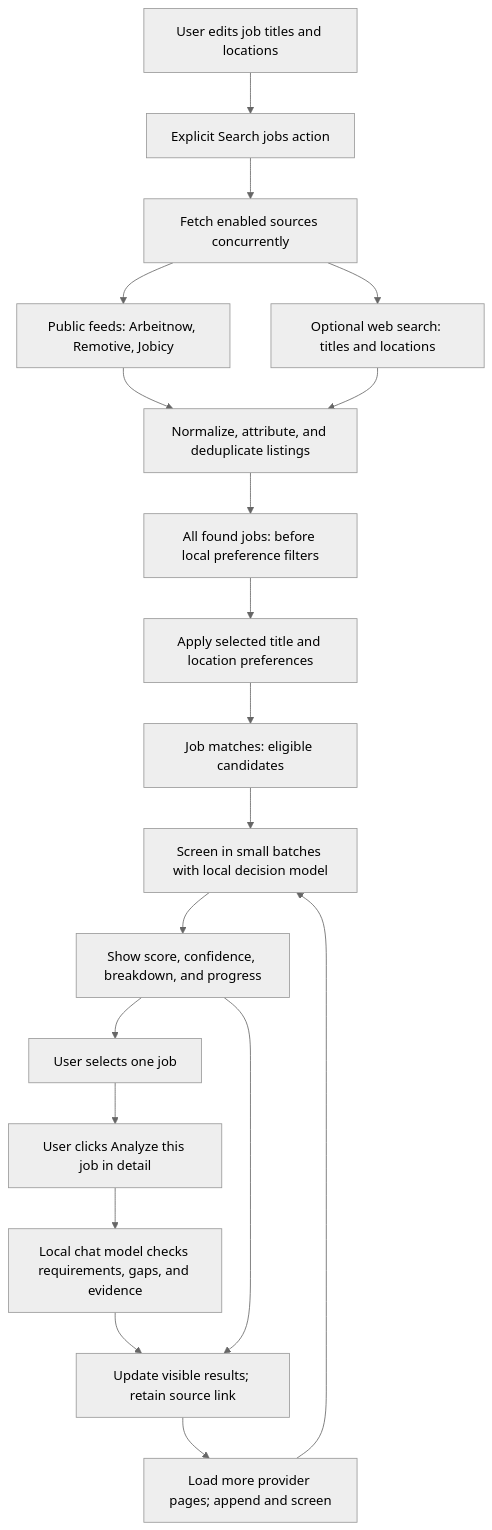
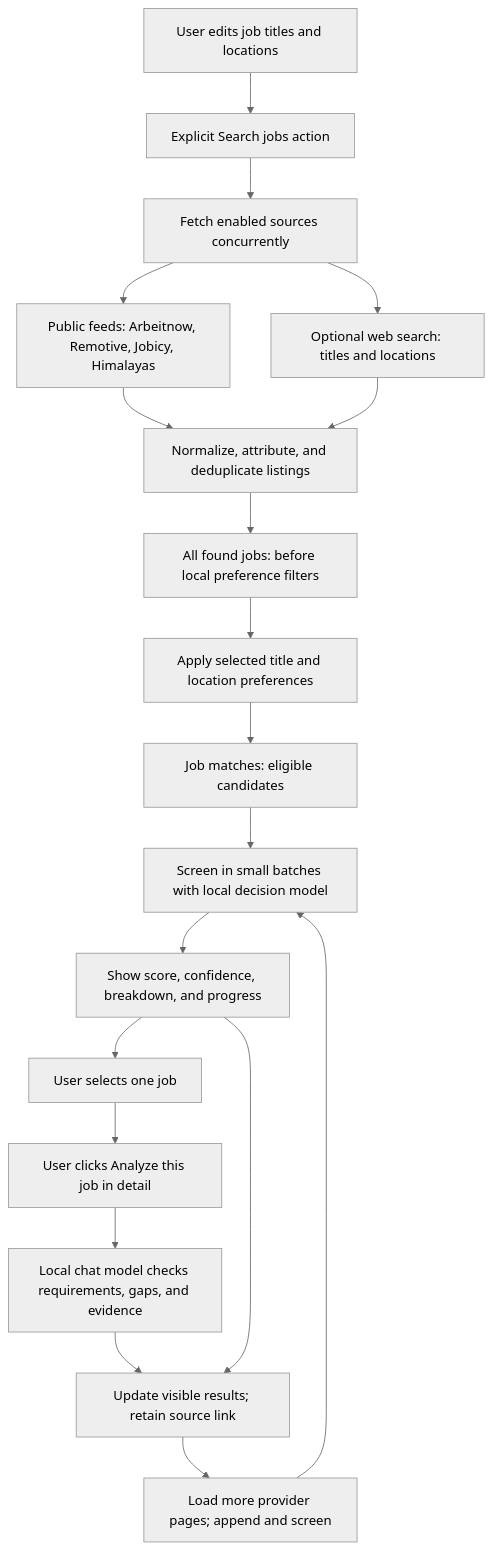
The second of 4 diagrams in README.md (sinariazi/jobpilot), drawn with Mermaid (neutral theme) before and after one commit. The commit also changed other lines of this file, not shown here.

Commit message:
Document Himalayas Austria remote discovery

````diff
--- a/README.md
+++ b/README.md
@@ -192,21 +192,21 @@
 ```mermaid
 flowchart TB
     preferences["User edits job titles and locations"] --> request["Explicit Search jobs action"]
     request --> gather["Fetch enabled sources concurrently"]
-    gather --> public["Public feeds: Arbeitnow, Remotive, Jobicy"]
+    gather --> public["Public feeds: Arbeitnow, Remotive, Jobicy, Himalayas"]
     gather --> optional["Optional web search: titles and locations"]
     public --> normalize["Normalize, attribute, and deduplicate listings"]
     optional --> normalize
     normalize --> pool["All found jobs: before local preference filters"]
     pool --> filter["Apply selected title and location preferences"]
     filter --> eligible["Job matches: eligible candidates"]
     eligible --> batch["Screen in small batches with local decision model"]
     batch --> score["Show score, confidence, breakdown, and progress"]
     score --> select["User selects one job"]
     select --> detailRequest["User clicks Analyze this job in detail"]
     detailRequest --> detail["Local chat model checks requirements, gaps, and evidence"]
     detail --> results["Update visible results; retain source link"]
     score --> results
     results --> more["Load more provider pages; append and screen"]
     more --> batch
 ```
````
